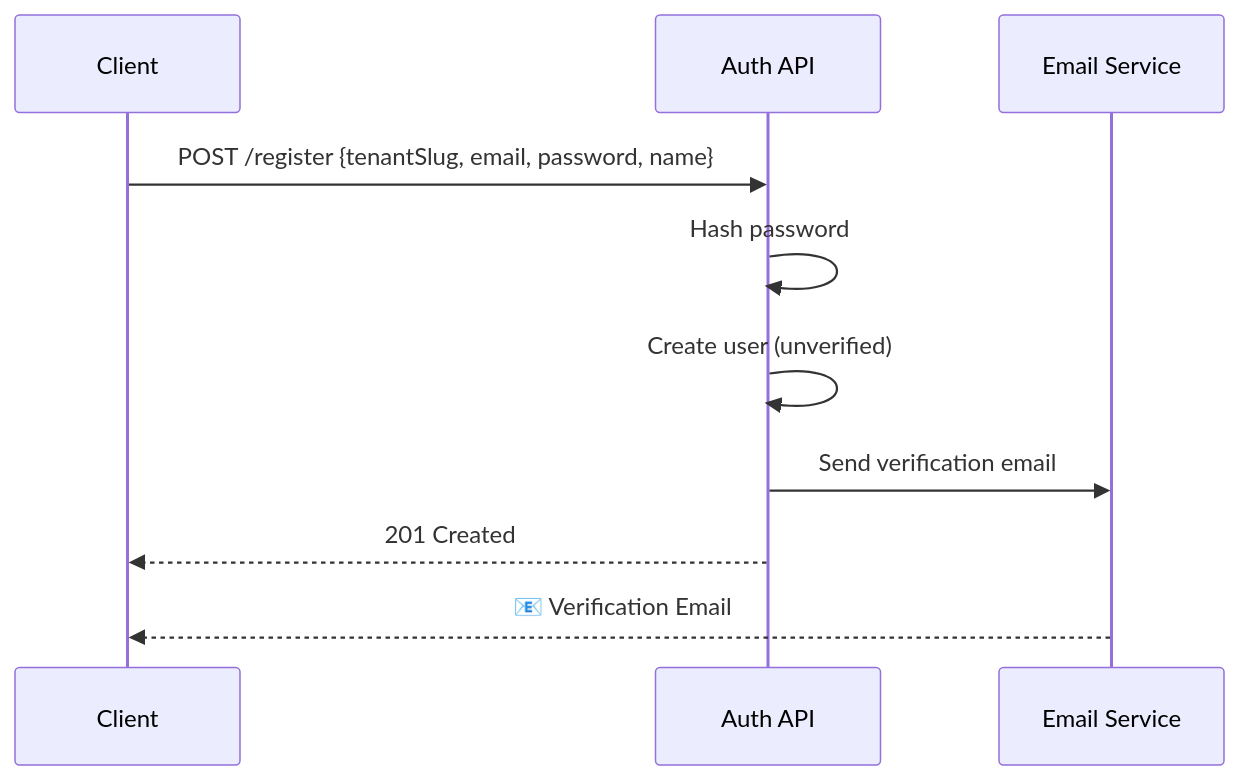
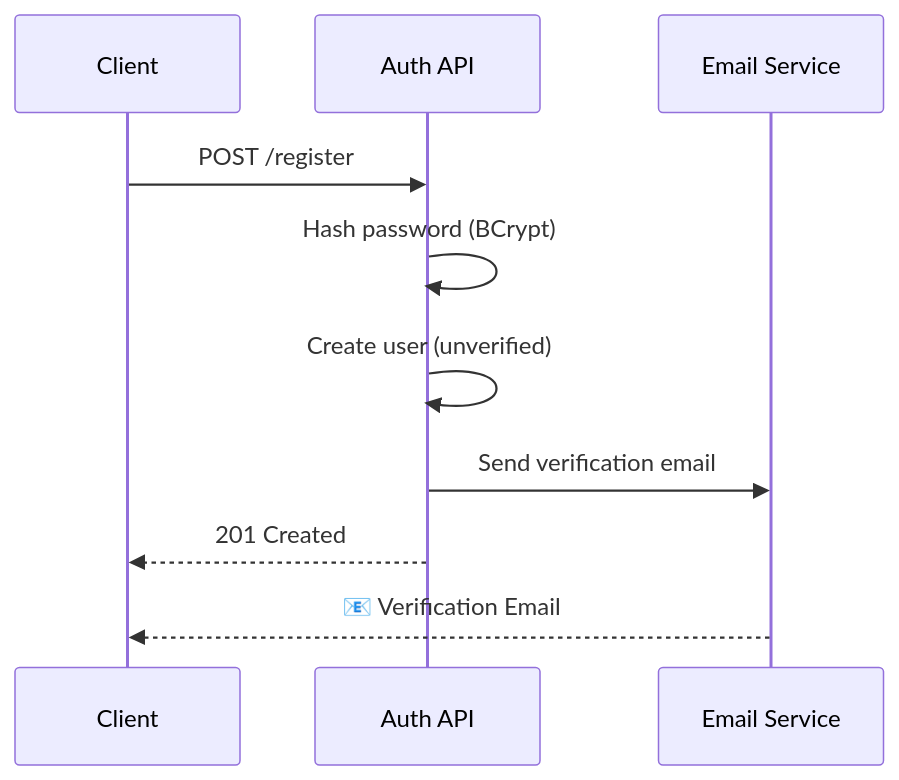
Before and after one commit to ivanhernandez-dev/auth-service: the second of 8 diagrams in README.md, drawn with Mermaid. The commit also changed other lines of this file and 1 other file, not shown here.

````diff
--- a/README.md
+++ b/README.md
@@ -101,12 +213,12 @@
 ```mermaid
 sequenceDiagram
     participant C as Client
     participant A as Auth API
     participant E as Email Service
-    C->>A: POST /register {tenantSlug, email, password, name}
-    A->>A: Hash password
+    C->>A: POST /register
+    A->>A: Hash password (BCrypt)
     A->>A: Create user (unverified)
     A->>E: Send verification email
     A-->>C: 201 Created
     E-->>C: 📧 Verification Email
 ```
````
